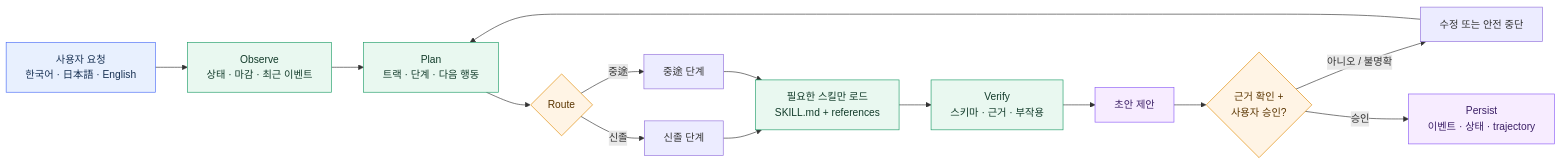
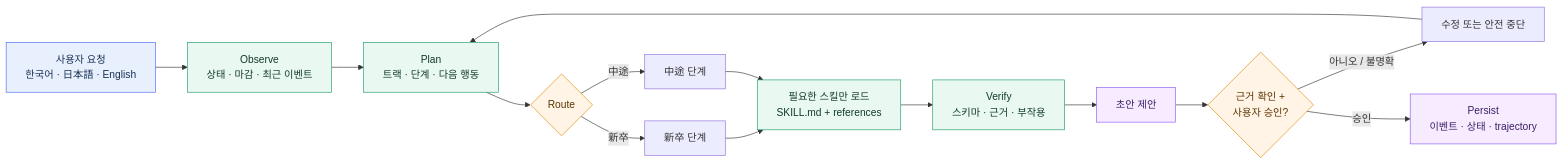
The first of 4 diagrams in README_ko.md (younnieCutler/japan-career-agent), drawn with Mermaid before and after one commit. The commit also changed other lines of this file and 20 other files, not shown here.

````diff
--- a/README_ko.md
+++ b/README_ko.md
@@ -20,24 +20,24 @@
 ```mermaid
 flowchart LR
     U["사용자 요청<br/>한국어 · 日本語 · English"] --> O["Observe<br/>상태 · 마감 · 최근 이벤트"]
     O --> P["Plan<br/>트랙 · 단계 · 다음 행동"]
     P --> R{"Route"}
-    R -->|신졸| N["신졸 단계"]
-    R -->|중途| M["중途 단계"]
+    R -->|新卒| N["新卒 단계"]
+    R -->|中途| M["中途 단계"]
     N --> S["필요한 스킬만 로드<br/>SKILL.md + references"]
     M --> S
     S --> V["Verify<br/>스키마 · 근거 · 부작용"]
     V --> D["초안 제안"]
     D --> G{"근거 확인 +<br/>사용자 승인?"}
     G -->|아니오 / 불명확| C["수정 또는 안전 중단"]
     C --> P
     G -->|승인| E["Persist<br/>이벤트 · 상태 · trajectory"]
     classDef input fill:#E8F0FE,stroke:#4A6CF7,color:#183153;
     classDef process fill:#E9F8F0,stroke:#1F9D68,color:#123B2A;
     classDef decision fill:#FFF4E5,stroke:#E08A00,color:#5A3500;
     classDef persist fill:#F7ECFF,stroke:#8B5CF6,color:#3B1F66;
     class U input;
     class O,P,S,V process;
     class R,G decision;
     class D,E persist;
 ```
````
